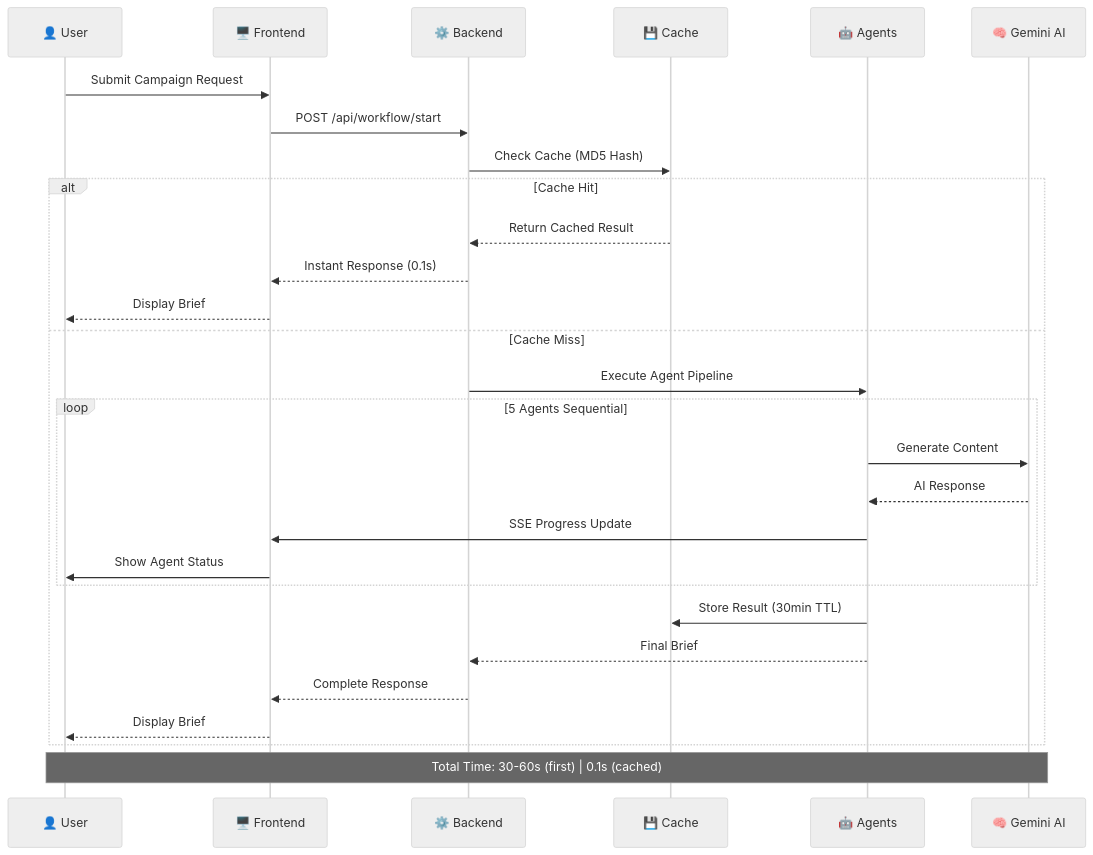
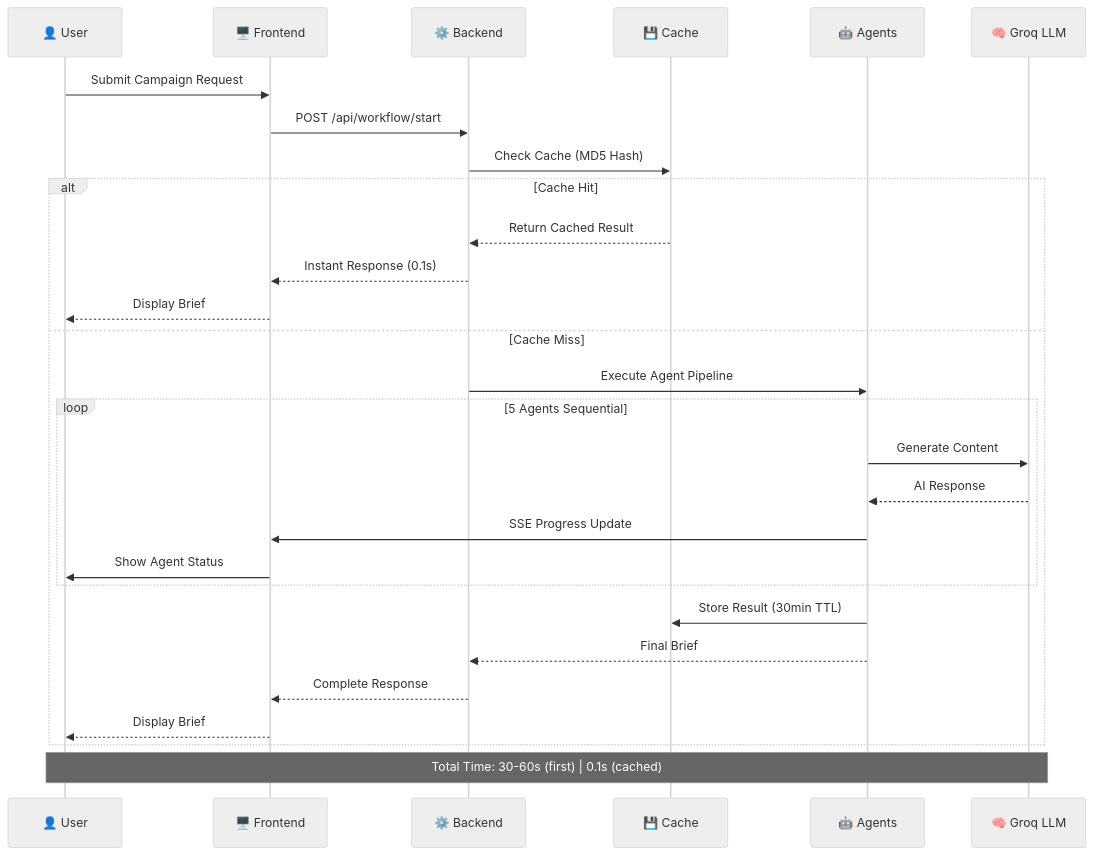
The third of 13 diagrams in README.md (YatindraRai002/FlowForge-AI), drawn with Mermaid (neutral theme) before and after one commit. The commit also changed other lines of this file, not shown here.

Commit message:
Replace Gemini AI with Groq LLM in README

````diff
--- a/README.md
+++ b/README.md
@@ -205,35 +205,35 @@
 ```mermaid
 sequenceDiagram
     participant U as 👤 User
     participant F as 🖥️ Frontend
     participant B as ⚙️ Backend
     participant C as 💾 Cache
     participant A as 🤖 Agents
-    participant G as 🧠 Gemini AI
+    participant G as 🧠 Groq LLM
     
     U->>F: Submit Campaign Request
     F->>B: POST /api/workflow/start
     B->>C: Check Cache (MD5 Hash)
     
     alt Cache Hit
         C-->>B: Return Cached Result
         B-->>F: Instant Response (0.1s)
         F-->>U: Display Brief
     else Cache Miss
         B->>A: Execute Agent Pipeline
         
         loop 5 Agents Sequential
             A->>G: Generate Content
             G-->>A: AI Response
             A->>F: SSE Progress Update
             F->>U: Show Agent Status
         end
         
         A->>C: Store Result (30min TTL)
         A-->>B: Final Brief
         B-->>F: Complete Response
         F-->>U: Display Brief
     end
     
     Note over U,G: Total Time: 30-60s (first) | 0.1s (cached)
 ```
````
